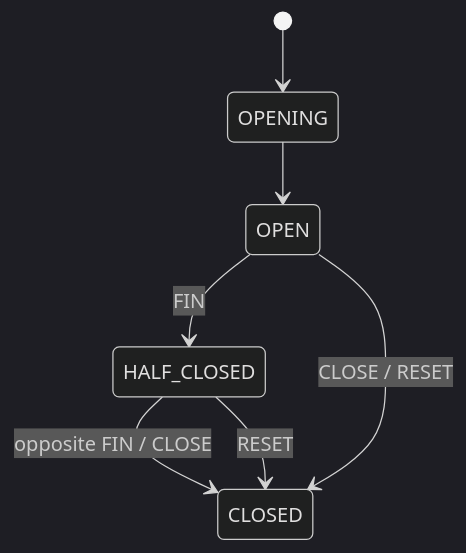
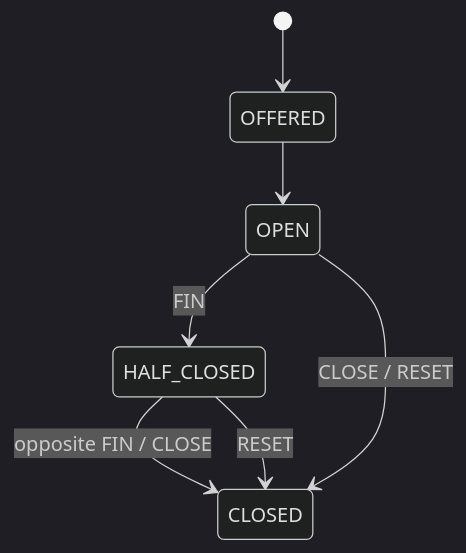
One commit to cagojeiger/relaygate changed the third of 3 diagrams in docs/spec/002-sdk-pipe-contract.md. Above: the diagram before and after it, drawn with Mermaid (dark theme). The commit also changed 13 other files, not shown here.

````diff
--- a/docs/spec/002-sdk-pipe-contract.md
+++ b/docs/spec/002-sdk-pipe-contract.md
@@ -124,9 +124,9 @@
 ```mermaid
 stateDiagram-v2
-    [*] --> OPENING
-    OPENING --> OPEN
+    [*] --> OFFERED
+    OFFERED --> OPEN
     OPEN --> HALF_CLOSED: FIN
     HALF_CLOSED --> CLOSED: opposite FIN / CLOSE
     OPEN --> CLOSED: CLOSE / RESET
     HALF_CLOSED --> CLOSED: RESET
 ```
````
